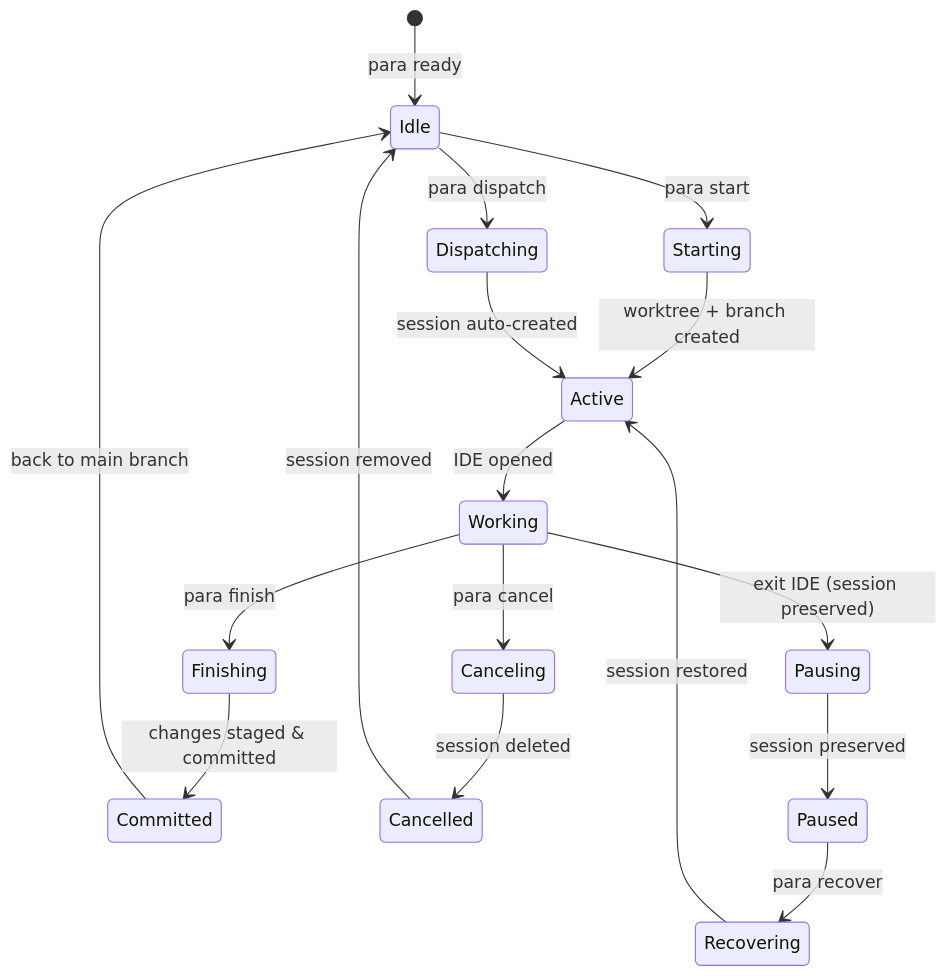
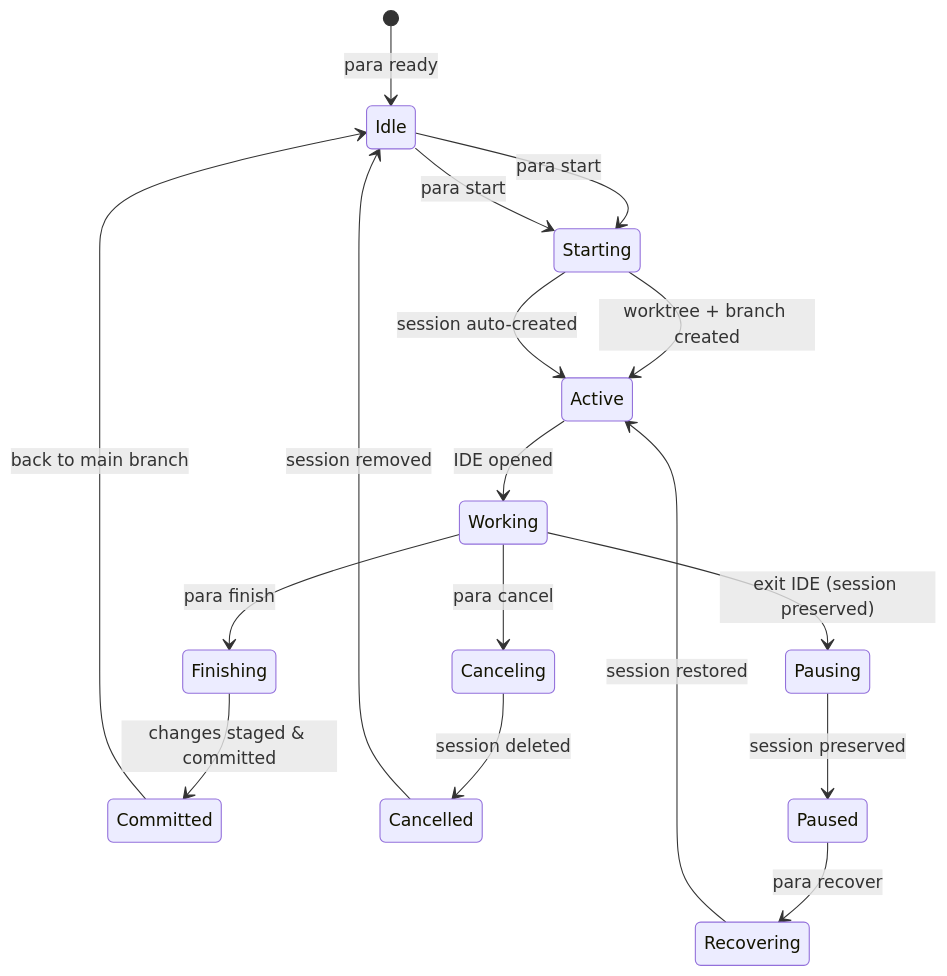
One commit to 2mawi2/para changed the first of 6 diagrams in docs/WORKFLOW.md. Above: the diagram before and after it, drawn with Mermaid. The commit also changed other lines of this file and 26 other files, not shown here.

Commit message:
unify dispatch and start to one command

````diff
--- a/docs/WORKFLOW.md
+++ b/docs/WORKFLOW.md
@@ -9,25 +9,25 @@
 ```mermaid
 stateDiagram-v2
     [*] --> Idle: para ready
     
     Idle --> Starting: para start <session-name>
-    Idle --> Dispatching: para dispatch <prompt>
+    Idle --> Starting: para start <prompt>
     
     Starting --> Active: worktree + branch created
-    Dispatching --> Active: session auto-created
+    Starting --> Active: session auto-created
     Active --> Working: IDE opened
     
     Working --> Finishing: para finish <message>
     Working --> Canceling: para cancel
     Working --> Pausing: exit IDE (session preserved)
     
     Finishing --> Committed: changes staged & committed
     Canceling --> Cancelled: session deleted
     Pausing --> Paused: session preserved
     
     Committed --> Idle: back to main branch
     Cancelled --> Idle: session removed
     Paused --> Recovering: para recover <session-name>
     
     Recovering --> Active: session restored
 ```
````
